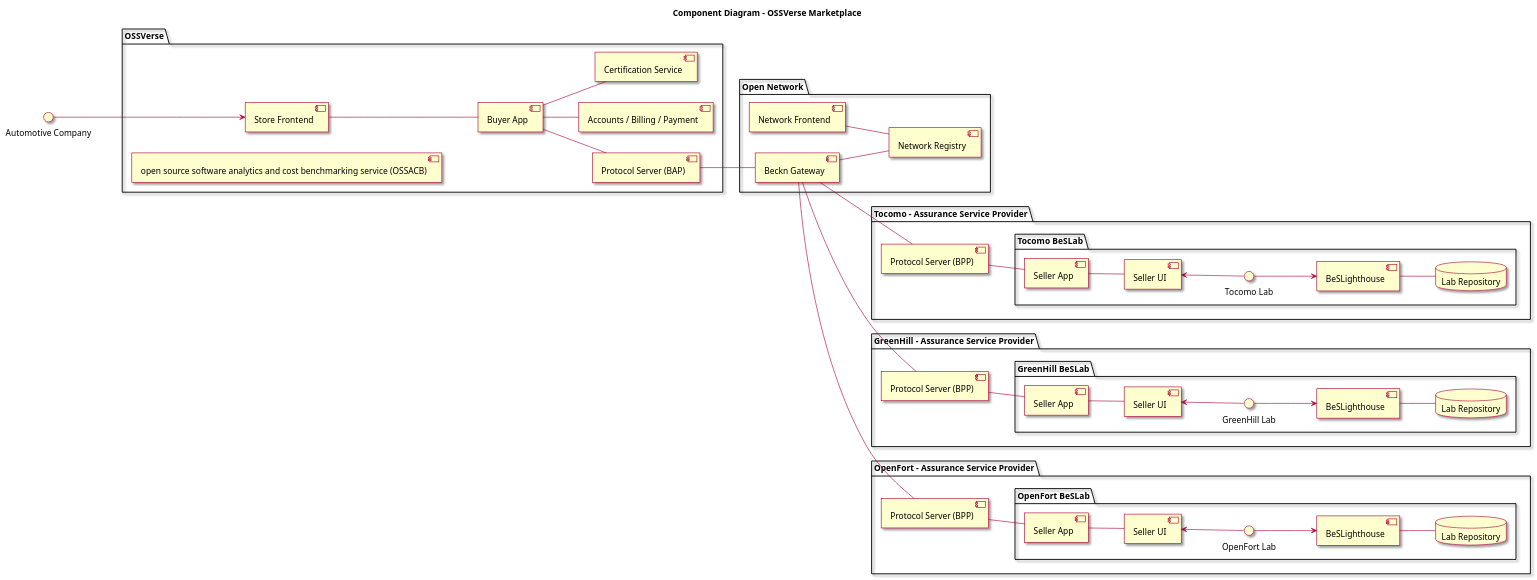
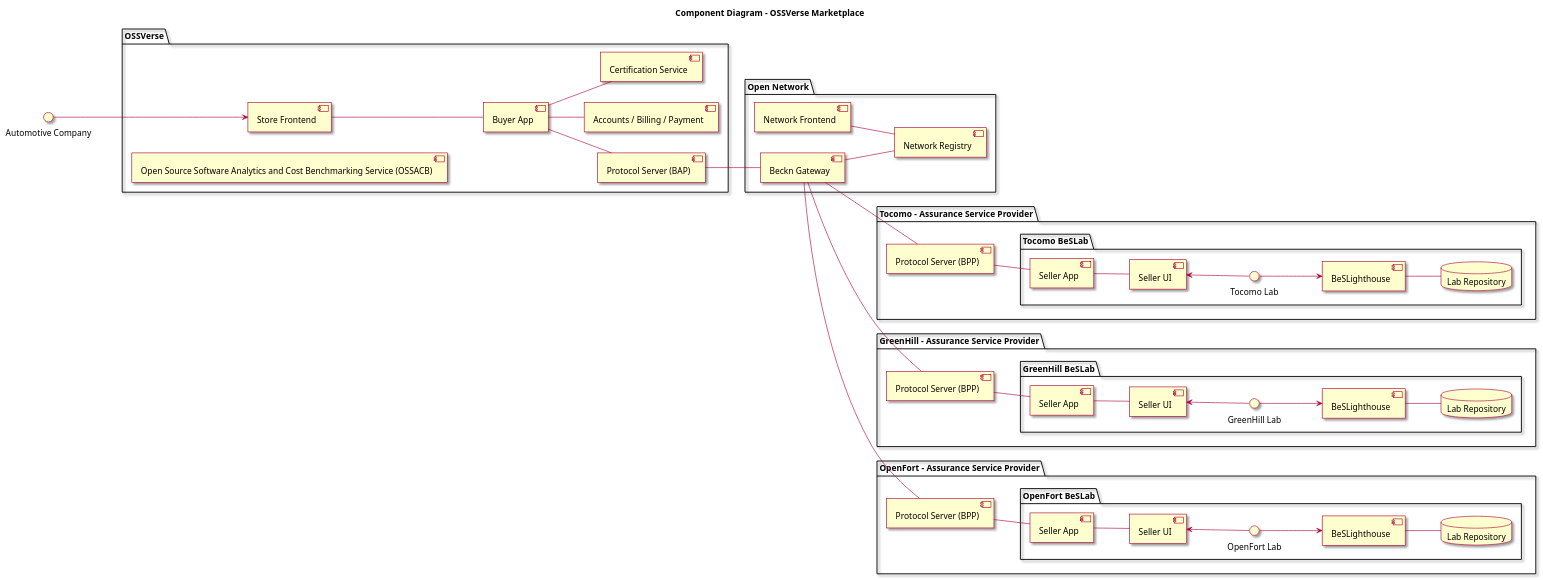
Before and after one commit to OSSVerse/OSSVerse: the diagram in docs/puml/ComponentDiagram.puml, drawn with PlantUML.

Commit message:
Update ComponentDiagram.puml
Minor correction

```diff
--- a/docs/puml/ComponentDiagram.puml
+++ b/docs/puml/ComponentDiagram.puml
@@ -1,82 +1,82 @@
 @startuml
 
 title Component Diagram - OSSVerse Marketplace
 
 skin rose
 
 left to right direction
 
 package "OSSVerse" {
   component [Store Frontend] as comp1
   component [Buyer App] as comp2
   component [Protocol Server (BAP)] as comp3
   component [Accounts / Billing / Payment] as comp21
   component [Certification Service] as comp23
-  component [open source software analytics and cost benchmarking service (OSSACB)] as comp24
+  component [Open Source Software Analytics and Cost Benchmarking Service (OSSACB)] as comp24
 
   comp1 -- comp2
   comp2 -- comp3
   comp2 -- comp21
   comp2 -- comp23
 }
 
 "Automotive Company" --> comp1
 
 package "Open Network" {
   component [Network Frontend] as comp22
   component [Beckn Gateway] as comp4
   database [Network Registry] as comp5
   comp3 -- comp4
   comp4 -- comp5
   comp22 -- comp5
 }
 
 package "Tocomo - Assurance Service Provider" {
   component [Protocol Server (BPP)] as comp6
   package "Tocomo BeSLab" {
     component [Seller App] as comp7
     component [Seller UI] as comp8
     component [BeSLighthouse] as comp9
     database "Lab Repository" as comp10
     comp8 <-- "Tocomo Lab"
     "Tocomo Lab" --> comp9
     comp9 -- comp10
   }
   comp4 -- comp6
   comp6 -- comp7
   comp7 -- comp8
 }
 
 package "GreenHill - Assurance Service Provider" {
   component [Protocol Server (BPP)] as comp11
   package "GreenHill BeSLab" {
     component [Seller App] as comp12
     component [Seller UI] as comp13
     component [BeSLighthouse] as comp14
     database "Lab Repository" as comp15
     comp13 <-- "GreenHill Lab"
     "GreenHill Lab" --> comp14
     comp14 -- comp15
   }
   comp4 -- comp11
   comp11 -- comp12
   comp12 -- comp13
 }
 
 package "OpenFort - Assurance Service Provider" {
   component [Protocol Server (BPP)] as comp16
   package "OpenFort BeSLab" {
     component [Seller App] as comp17
     component [Seller UI] as comp18
     component [BeSLighthouse] as comp19
     database "Lab Repository" as comp20
     comp18 <-- "OpenFort Lab"
     "OpenFort Lab" --> comp19
     comp19 -- comp20
   }
   comp4 -- comp16
   comp16 -- comp17
   comp17 -- comp18
 }
 
 @enduml
```
